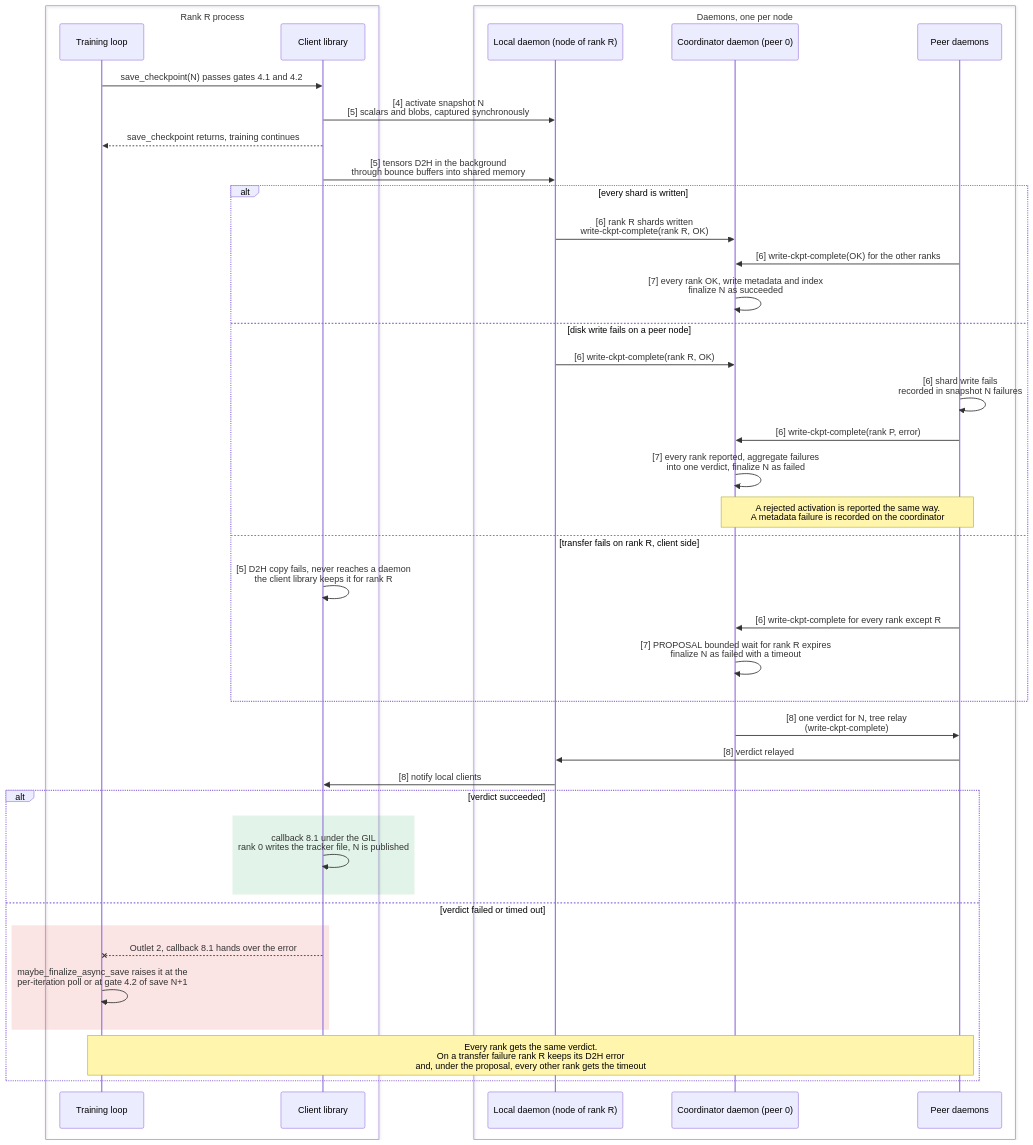
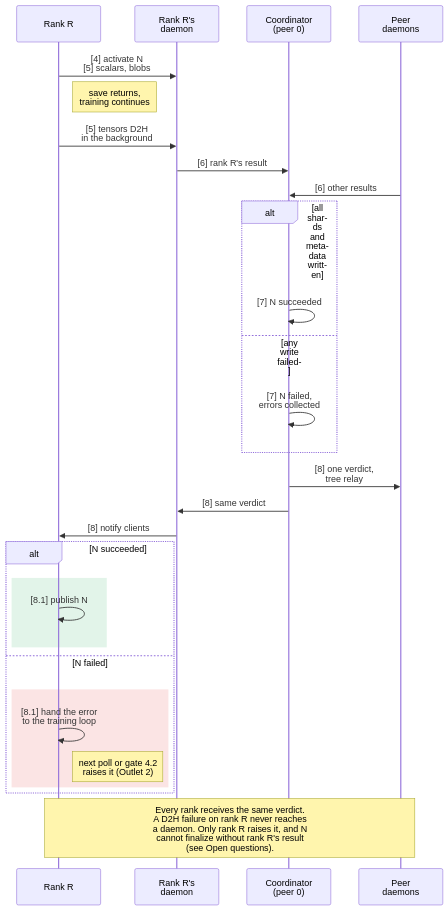
The second of 5 diagrams in docs/Design.md (ankurv-nvidia/nvrx_checkpointing), drawn with Mermaid before and after one commit. The commit also changed other lines of this file, not shown here.

````diff
--- a/docs/Design.md
+++ b/docs/Design.md
@@ -327,46 +336,33 @@
 ```mermaid
+%%{init: {"sequence": {"actorFontSize": 28, "messageFontSize": 28, "noteFontSize": 28, "labelBoxWidth": 100, "labelBoxHeight": 40}}}%%
 sequenceDiagram
-    box Rank R process
-        participant TL as Training loop
-        participant CL as Client library
+    participant R as Rank R
+    participant LD as Rank R's<br/>daemon
+    participant CO as Coordinator<br/>(peer 0)
+    participant PD as Peer<br/>daemons
+
+    R->>LD: [4] activate N<br/>[5] scalars, blobs
+    Note right of R: save returns,<br/>training continues
+    R->>LD: [5] tensors D2H<br/>in the background
+    LD->>CO: [6] rank R's result
+    PD->>CO: [6] other results
+    alt all shards and metadata written
+        CO->>CO: [7] N succeeded
+    else any write failed
+        CO->>CO: [7] N failed,<br/>errors collected
     end
-    box Daemons, one per node
-        participant LD as Local daemon (node of rank R)
-        participant CO as Coordinator daemon (peer 0)
-        participant PD as Peer daemons
+    CO->>PD: [8] one verdict,<br/>tree relay
+    CO->>LD: [8] same verdict
+    LD->>R: [8] notify clients
+    alt N succeeded
+        rect rgba(22,163,74,0.12)
+            R->>R: [8.1] publish N
+        end
+    else N failed
+        rect rgba(220,38,38,0.12)
+            R->>R: [8.1] hand the error<br/>to the training loop
+            Note right of R: next poll or gate 4.2<br/>raises it (Outlet 2)
+        end
     end
-
-    TL->>CL: save_checkpoint(N) passes gates 4.1 and 4.2
-    CL->>LD: [4] activate snapshot N<br/>[5] scalars and blobs, captured synchronously
-    CL-->>TL: save_checkpoint returns, training continues
-    CL->>LD: [5] tensors D2H in the background<br/>through bounce buffers into shared memory
-    alt every shard is written
-        LD->>CO: [6] rank R shards written<br/>write-ckpt-complete(rank R, OK)
-        PD->>CO: [6] write-ckpt-complete(OK) for the other ranks
-        CO->>CO: [7] every rank OK, write metadata and index<br/>finalize N as succeeded
-    else disk write fails on a peer node
-        LD->>CO: [6] write-ckpt-complete(rank R, OK)
-        PD->>PD: [6] shard write fails<br/>recorded in snapshot N failures
-        PD->>CO: [6] write-ckpt-complete(rank P, error)
-        CO->>CO: [7] every rank reported, aggregate failures<br/>into one verdict, finalize N as failed
-        Note over CO,PD: A rejected activation is reported the same way.<br/>A metadata failure is recorded on the coordinator
-    else transfer fails on rank R, client side
-        CL->>CL: [5] D2H copy fails, never reaches a daemon<br/>the client library keeps it for rank R
-        PD->>CO: [6] write-ckpt-complete for every rank except R
-        CO->>CO: [7] PROPOSAL bounded wait for rank R expires<br/>finalize N as failed with a timeout
-    end
-    CO->>PD: [8] one verdict for N, tree relay<br/>(write-ckpt-complete)
-    PD->>LD: [8] verdict relayed
-    LD->>CL: [8] notify local clients
-    alt verdict succeeded
-        rect rgba(22,163,74,0.12)
-            CL->>CL: callback 8.1 under the GIL<br/>rank 0 writes the tracker file, N is published
-        end
-    else verdict failed or timed out
-        rect rgba(220,38,38,0.12)
-            CL--xTL: Outlet 2, callback 8.1 hands over the error
-            TL->>TL: maybe_finalize_async_save raises it at the<br/>per-iteration poll or at gate 4.2 of save N+1
-        end
-        Note over TL,PD: Every rank gets the same verdict.<br/>On a transfer failure rank R keeps its D2H error<br/>and, under the proposal, every other rank gets the timeout
-    end
+    Note over R,PD: Every rank receives the same verdict.<br/>A D2H failure on rank R never reaches<br/>a daemon. Only rank R raises it, and N<br/>cannot finalize without rank R's result<br/>(see Open questions).
 ```
````
